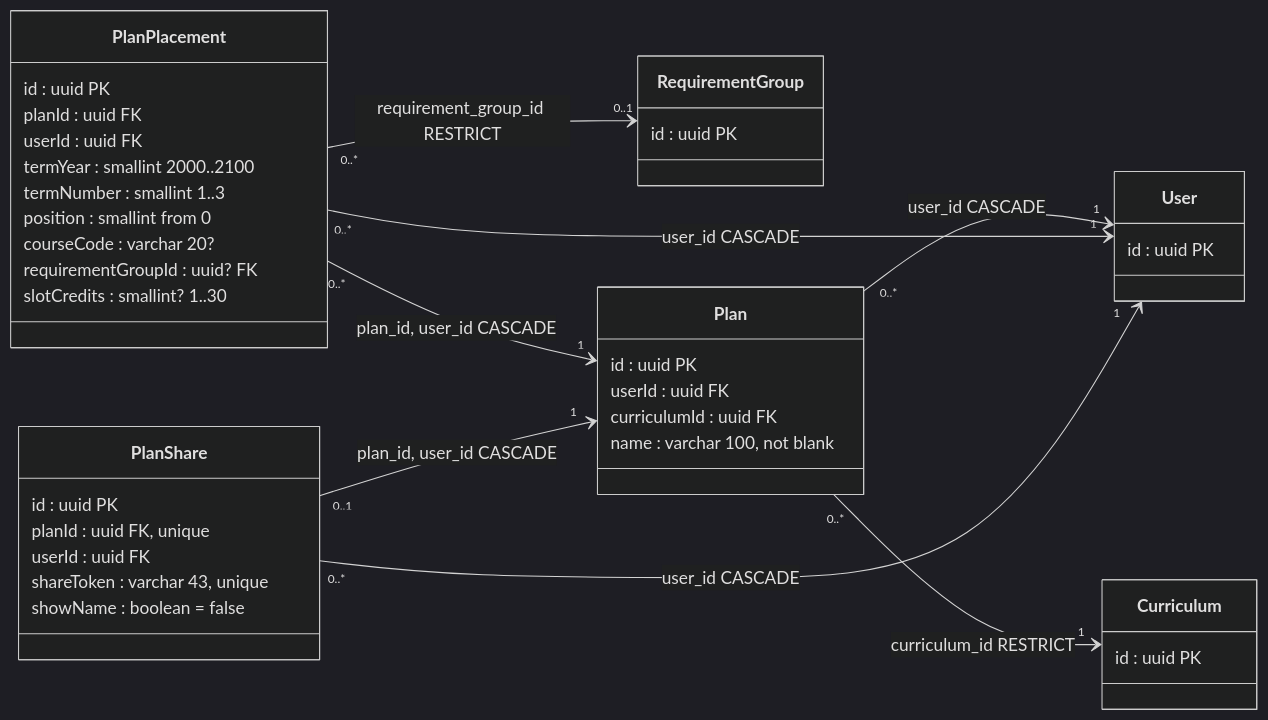
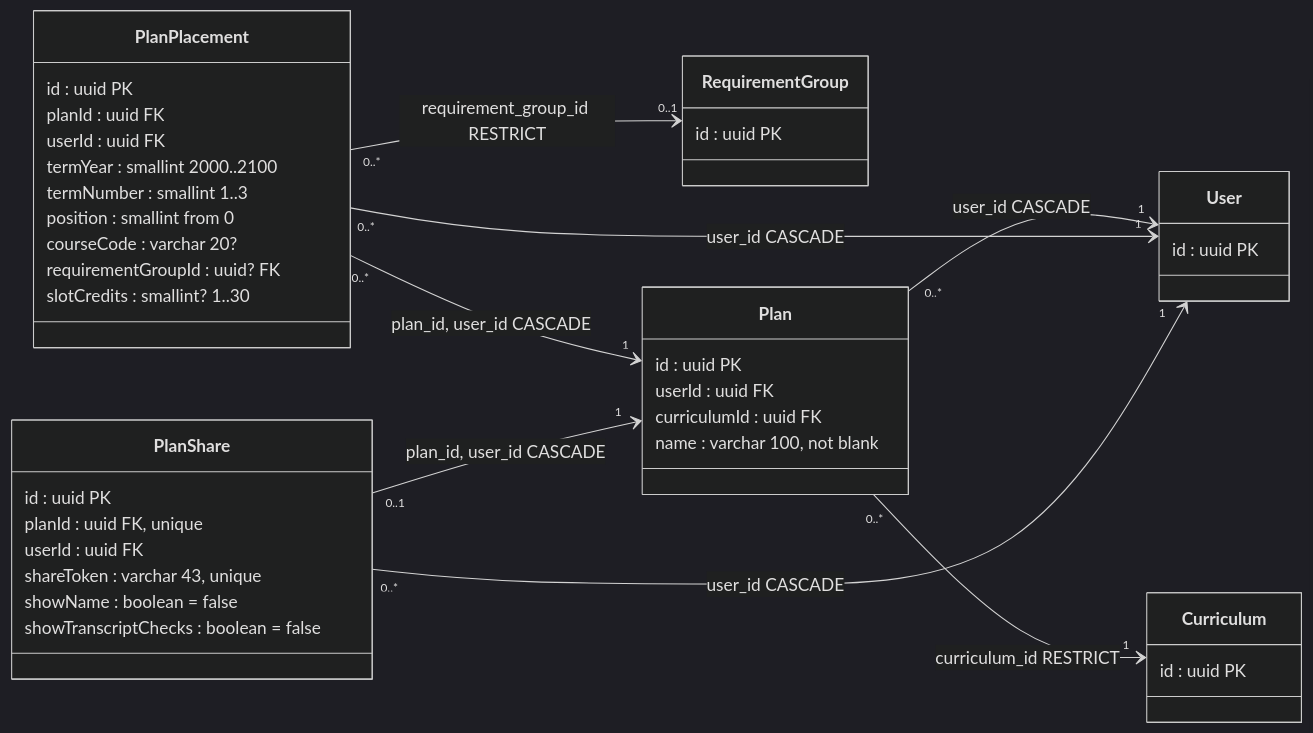
Before and after one commit to LLaammTTeerr/omnicourses: the fourth of 15 diagrams in docs/analysis-and-design/class-model.md, drawn with Mermaid (dark theme). The commit also changed other lines of this file and 4 other files, not shown here.

````diff
--- a/docs/analysis-and-design/class-model.md
+++ b/docs/analysis-and-design/class-model.md
@@ -242,44 +242,45 @@
 ```mermaid
 classDiagram
     direction LR
     class User {
         id : uuid PK
     }
     class Curriculum {
         id : uuid PK
     }
     class RequirementGroup {
         id : uuid PK
     }
     class Plan {
         id : uuid PK
         userId : uuid FK
         curriculumId : uuid FK
         name : varchar 100, not blank
     }
     class PlanPlacement {
         id : uuid PK
         planId : uuid FK
         userId : uuid FK
         termYear : smallint 2000..2100
         termNumber : smallint 1..3
         position : smallint from 0
         courseCode : varchar 20?
         requirementGroupId : uuid? FK
         slotCredits : smallint? 1..30
     }
     class PlanShare {
         id : uuid PK
         planId : uuid FK, unique
         userId : uuid FK
         shareToken : varchar 43, unique
         showName : boolean = false
+        showTranscriptChecks : boolean = false
     }
     Plan "0..*" --> "1" User : user_id CASCADE
     Plan "0..*" --> "1" Curriculum : curriculum_id RESTRICT
     PlanPlacement "0..*" --> "1" Plan : plan_id, user_id CASCADE
     PlanPlacement "0..*" --> "1" User : user_id CASCADE
     PlanPlacement "0..*" --> "0..1" RequirementGroup : requirement_group_id RESTRICT
     PlanShare "0..1" --> "1" Plan : plan_id, user_id CASCADE
     PlanShare "0..*" --> "1" User : user_id CASCADE
 ```
````
